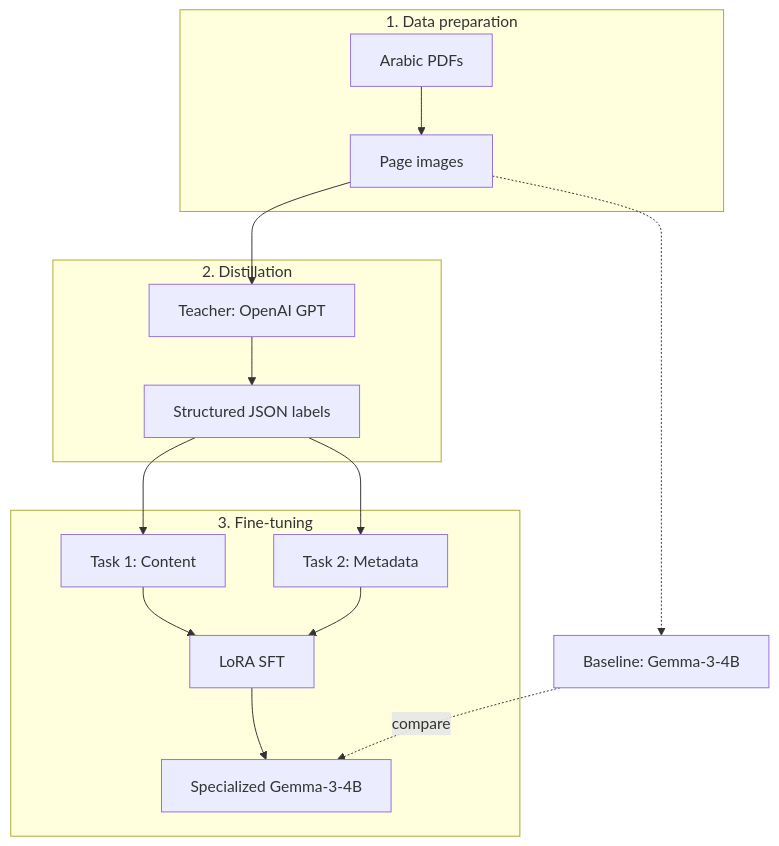
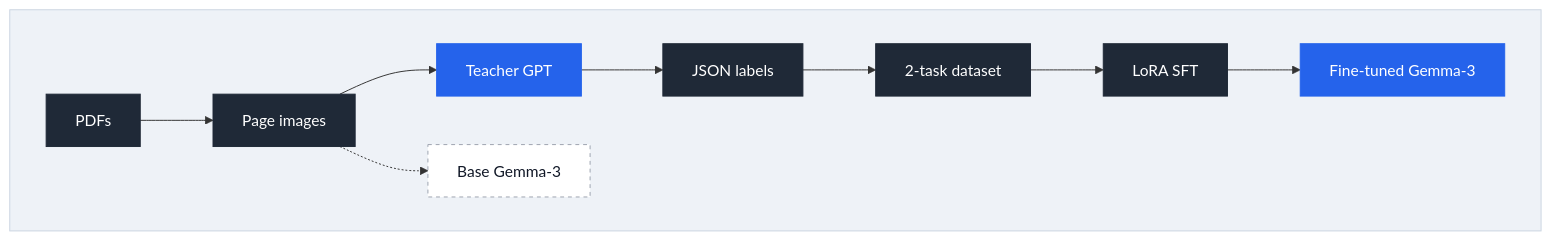
Before and after one commit to chaibs00/arabic-ocr-vlm-finetuning: the diagram in README.md, drawn with Mermaid. The commit also changed other lines of this file, not shown here.

````diff
--- a/README.md
+++ b/README.md
@@ -25,22 +41,16 @@
 ```mermaid
-flowchart TB
-    subgraph S1 [1. Data preparation]
-        A[Arabic PDFs] --> B[Page images]
+flowchart LR
+    subgraph P [" "]
+        direction LR
+        A[PDFs] --> B[Page images] --> C[Teacher GPT] --> D[JSON labels] --> E[2-task dataset] --> F[LoRA SFT] --> G[Fine-tuned Gemma-3]
+        B -.-> X[Base Gemma-3]
     end
 
-    subgraph S2 [2. Distillation]
-        C[Teacher: OpenAI GPT] --> D[Structured JSON labels]
-    end
-
-    subgraph S3 [3. Fine-tuning]
-        E[Task 1: Content] --> G[LoRA SFT]
-        F[Task 2: Metadata] --> G
-        G --> H[Specialized Gemma-3-4B]
-    end
-
-    B --> C
-    D --> E
-    D --> F
-    B -.-> X[Baseline: Gemma-3-4B]
-    X -.->|compare| H
+    classDef step fill:#1f2937,stroke:#1f2937,color:#ffffff
+    classDef model fill:#2563eb,stroke:#2563eb,color:#ffffff
+    classDef base fill:#ffffff,stroke:#9ca3af,color:#111827,stroke-dasharray:4
+    class A,B,D,E,F step
+    class C,G model
+    class X base
+    style P fill:#eef2f7,stroke:#cbd5e1
 ```
````
